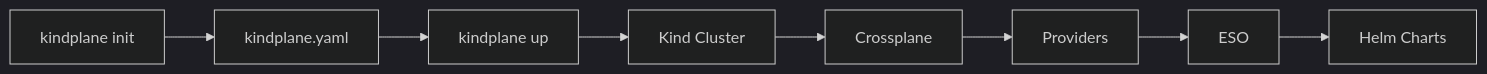
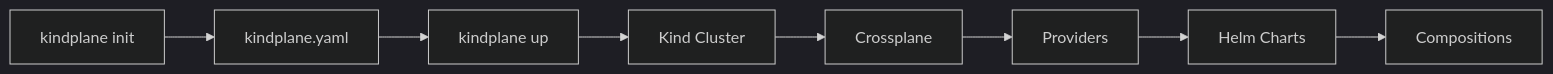
Before and after one commit to kanzifucius/kindplane: the diagram in docs/index.md, drawn with Mermaid (dark theme). The commit also changed other lines of this file and 92 other files, not shown here.

````diff
--- a/docs/index.md
+++ b/docs/index.md
@@ -60,10 +62,10 @@
 ```mermaid
 graph LR
     A[kindplane init] --> B[kindplane.yaml]
     B --> C[kindplane up]
     C --> D[Kind Cluster]
     D --> E[Crossplane]
     E --> F[Providers]
-    F --> G[ESO]
-    G --> H[Helm Charts]
+    F --> G[Helm Charts]
+    G --> H[Compositions]
 ```
````
